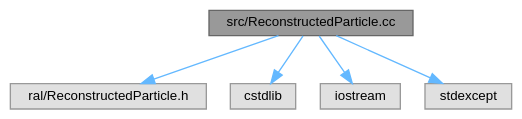
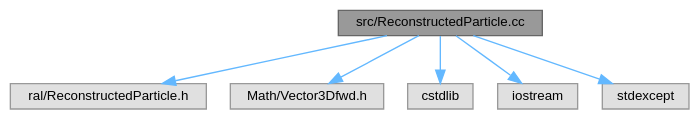
One commit to Juanki0396/ral changed the diagram in docs/ReconstructedParticle_8cc__incl.dot. Above: the diagram before and after it, drawn with Graphviz. The commit also changed 1 other file, not shown here.

```diff
--- a/docs/ReconstructedParticle_8cc__incl.dot
+++ b/docs/ReconstructedParticle_8cc__incl.dot
@@ -1,16 +1,18 @@
 digraph "src/ReconstructedParticle.cc"
 {
  // LATEX_PDF_SIZE
   bgcolor="transparent";
   edge [fontname=Helvetica,fontsize=10,labelfontname=Helvetica,labelfontsize=10];
   node [fontname=Helvetica,fontsize=10,shape=box,height=0.2,width=0.4];
   Node1 [id="Node000001",label="src/ReconstructedParticle.cc",height=0.2,width=0.4,color="gray40", fillcolor="grey60", style="filled", fontcolor="black",tooltip=" "];
   Node1 -> Node2 [id="edge1_Node000001_Node000002",color="steelblue1",style="solid",tooltip=" "];
   Node2 [id="Node000002",label="ral/ReconstructedParticle.h",height=0.2,width=0.4,color="grey60", fillcolor="#E0E0E0", style="filled",tooltip=" "];
   Node1 -> Node3 [id="edge2_Node000001_Node000003",color="steelblue1",style="solid",tooltip=" "];
-  Node3 [id="Node000003",label="cstdlib",height=0.2,width=0.4,color="grey60", fillcolor="#E0E0E0", style="filled",tooltip=" "];
+  Node3 [id="Node000003",label="Math/Vector3Dfwd.h",height=0.2,width=0.4,color="grey60", fillcolor="#E0E0E0", style="filled",tooltip=" "];
   Node1 -> Node4 [id="edge3_Node000001_Node000004",color="steelblue1",style="solid",tooltip=" "];
-  Node4 [id="Node000004",label="iostream",height=0.2,width=0.4,color="grey60", fillcolor="#E0E0E0", style="filled",tooltip=" "];
+  Node4 [id="Node000004",label="cstdlib",height=0.2,width=0.4,color="grey60", fillcolor="#E0E0E0", style="filled",tooltip=" "];
   Node1 -> Node5 [id="edge4_Node000001_Node000005",color="steelblue1",style="solid",tooltip=" "];
-  Node5 [id="Node000005",label="stdexcept",height=0.2,width=0.4,color="grey60", fillcolor="#E0E0E0", style="filled",tooltip=" "];
+  Node5 [id="Node000005",label="iostream",height=0.2,width=0.4,color="grey60", fillcolor="#E0E0E0", style="filled",tooltip=" "];
+  Node1 -> Node6 [id="edge5_Node000001_Node000006",color="steelblue1",style="solid",tooltip=" "];
+  Node6 [id="Node000006",label="stdexcept",height=0.2,width=0.4,color="grey60", fillcolor="#E0E0E0", style="filled",tooltip=" "];
 }
```
